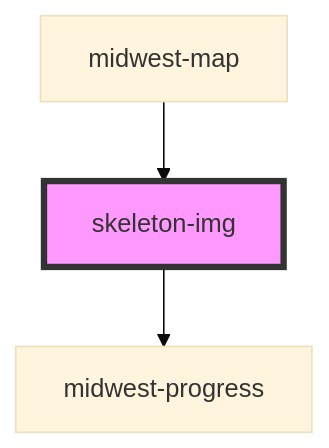
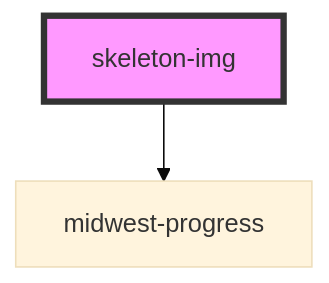
One commit to splitinfinities/Midwest changed the diagram in packages/core/docs/components/common/skeleton-img/readme.md. Above: the diagram before and after it, drawn with Mermaid (base theme). The commit also changed other lines of this file and 51 other files, not shown here.

````diff
--- a/packages/core/docs/components/common/skeleton-img/readme.md
+++ b/packages/core/docs/components/common/skeleton-img/readme.md
@@ -62,6 +58,5 @@
 ```mermaid
 graph TD;
   skeleton-img --> midwest-progress
-  midwest-map --> skeleton-img
   style skeleton-img fill:#f9f,stroke:#333,stroke-width:4px
 ```
````
